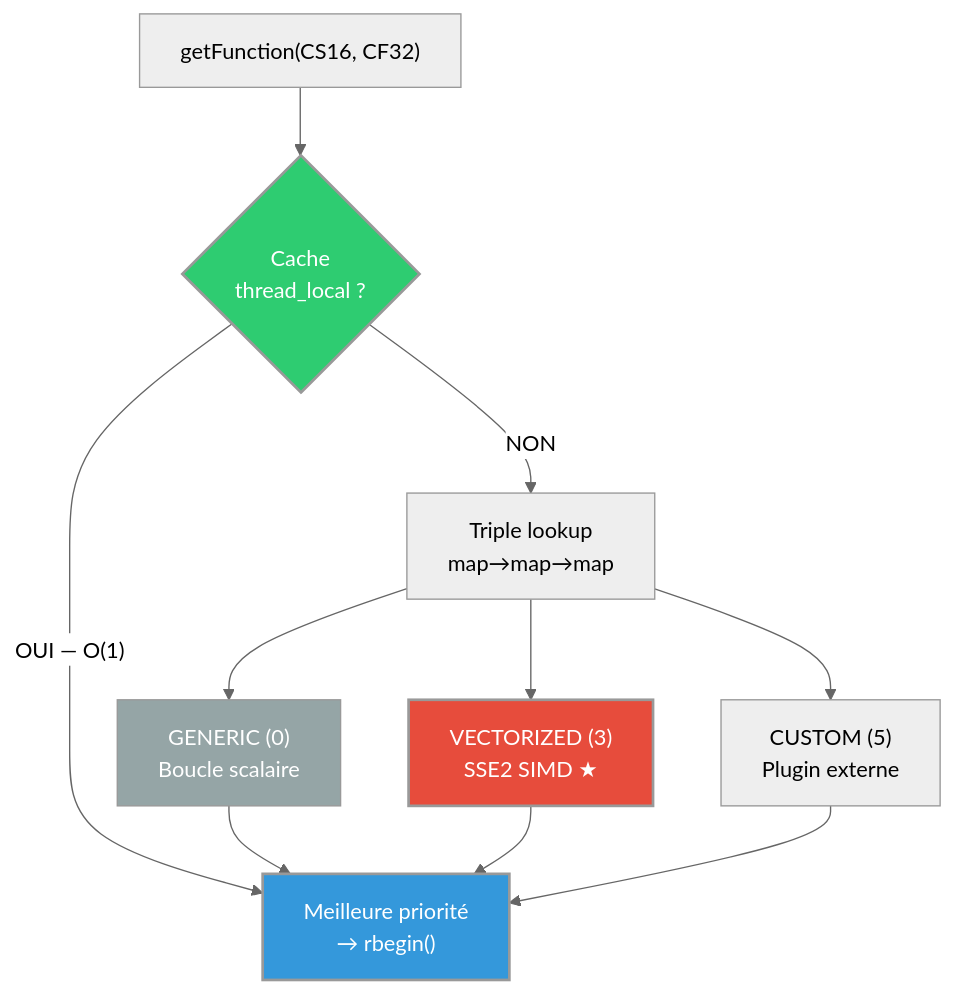
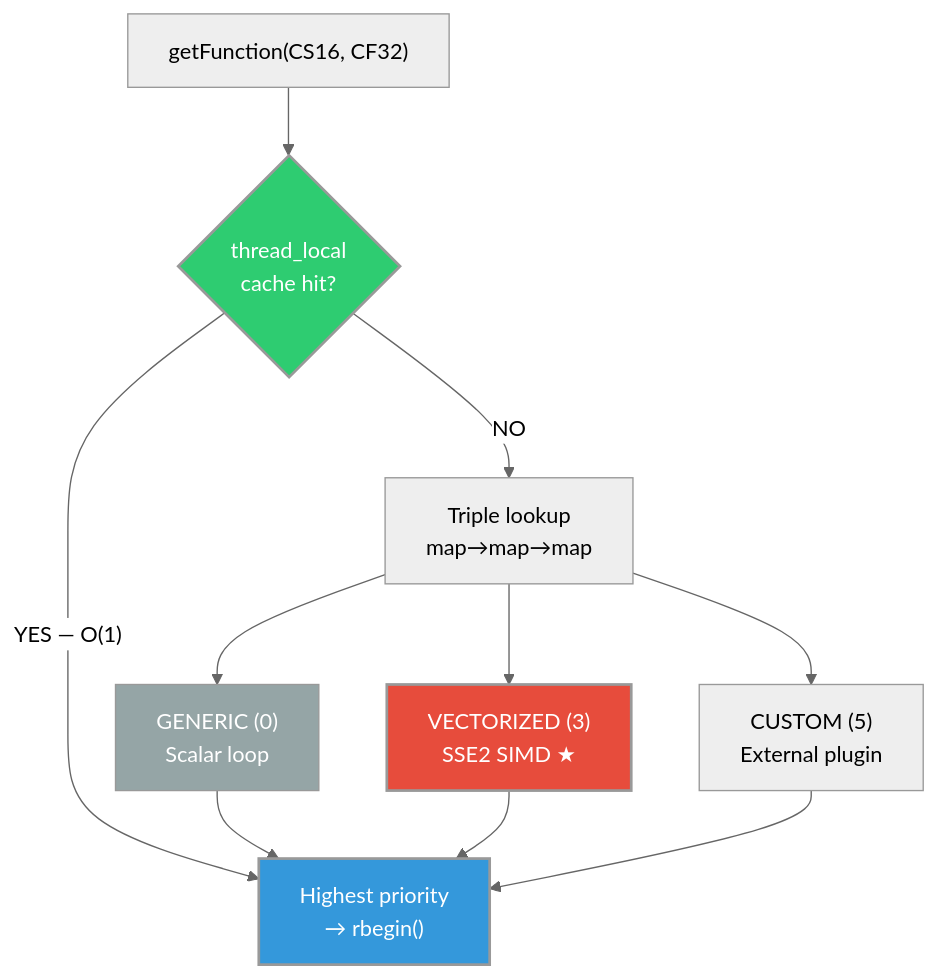
One commit to f4tnk/SoapySDR changed the fourth of 6 diagrams in OPTIMIZATIONS-F4TNK.md. Above: the diagram before and after it, drawn with Mermaid (neutral theme). The commit also changed other lines of this file, not shown here.

````diff
--- a/OPTIMIZATIONS-F4TNK.md
+++ b/OPTIMIZATIONS-F4TNK.md
@@ -135,27 +135,27 @@
 ```mermaid
 graph TB
     CALL["getFunction(CS16, CF32)"]
-    CACHE_HIT{"Cache<br/>thread_local ?"}
+    CACHE_HIT{"thread_local<br/>cache hit?"}
     LOOKUP["Triple lookup<br/>map→map→map"]
     
-    P0["GENERIC (0)<br/>Boucle scalaire"]
+    P0["GENERIC (0)<br/>Scalar loop"]
     P3["VECTORIZED (3)<br/>SSE2 SIMD ★"]
-    P5["CUSTOM (5)<br/>Plugin externe"]
+    P5["CUSTOM (5)<br/>External plugin"]
 
-    RESULT["Meilleure priorité<br/>→ rbegin()"]
+    RESULT["Highest priority<br/>→ rbegin()"]
 
     CALL --> CACHE_HIT
-    CACHE_HIT -->|"OUI — O(1)"| RESULT
-    CACHE_HIT -->|"NON"| LOOKUP
+    CACHE_HIT -->|"YES — O(1)"| RESULT
+    CACHE_HIT -->|"NO"| LOOKUP
     LOOKUP --> P0
     LOOKUP --> P3
     LOOKUP --> P5
     P0 --> RESULT
     P3 --> RESULT
     P5 --> RESULT
 
     style CACHE_HIT fill:#2ecc71,color:#fff,stroke-width:2px
     style P3 fill:#e74c3c,color:#fff,stroke-width:2px
     style RESULT fill:#3498db,color:#fff,stroke-width:2px
     style P0 fill:#95a5a6,color:#fff
 ```
````
